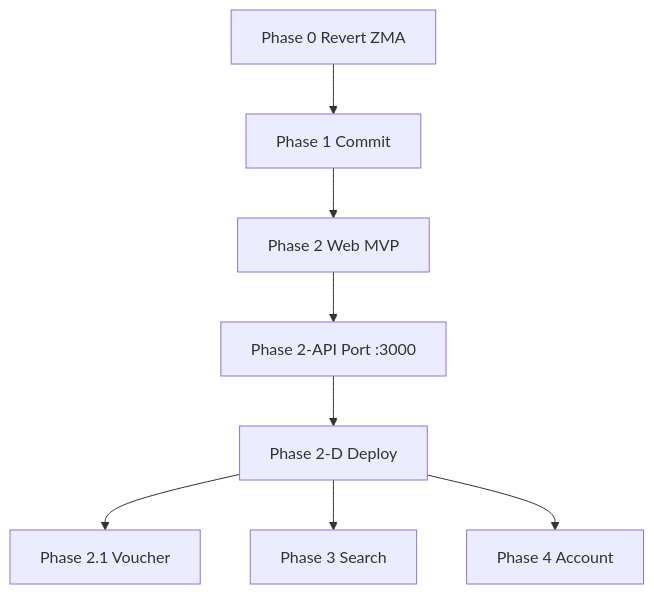
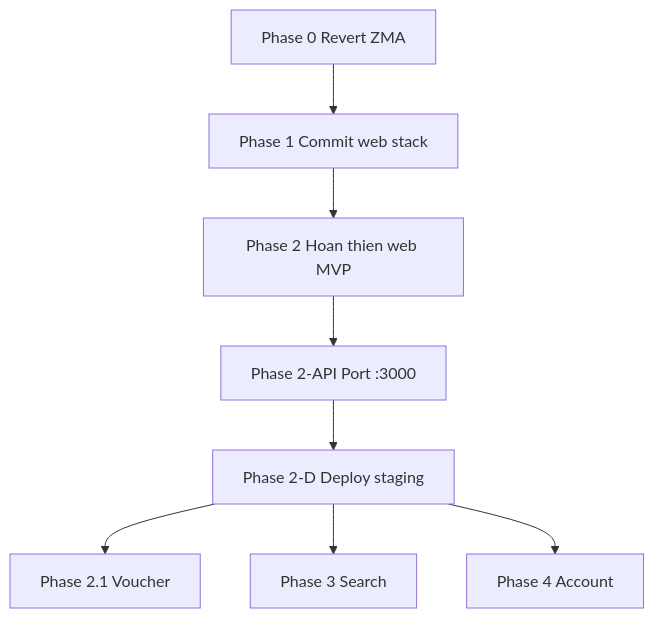
The third of 3 diagrams in docs/planning/web-clone-plan.md (hoanghg45/CoffeeZMA), drawn with Mermaid before and after one commit. The commit also changed other lines of this file, not shown here.

First line of the commit message:
docs: sync web clone plan from Cursor plan file

````diff
--- a/docs/planning/web-clone-plan.md
+++ b/docs/planning/web-clone-plan.md
@@ -276,16 +314,16 @@
 ```mermaid
 flowchart TD
   P0[Phase 0 Revert ZMA]
-  P1[Phase 1 Commit]
-  P2[Phase 2 Web MVP]
+  P1[Phase 1 Commit web stack]
+  P2[Phase 2 Hoan thien web MVP]
   P2API[Phase 2-API Port :3000]
-  P2D[Phase 2-D Deploy]
+  P2D[Phase 2-D Deploy staging]
   P21[Phase 2.1 Voucher]
   P3[Phase 3 Search]
   P4[Phase 4 Account]
 
   P0 --> P1 --> P2 --> P2API --> P2D
   P2D --> P21
   P2D --> P3
   P2D --> P4
 ```
````
